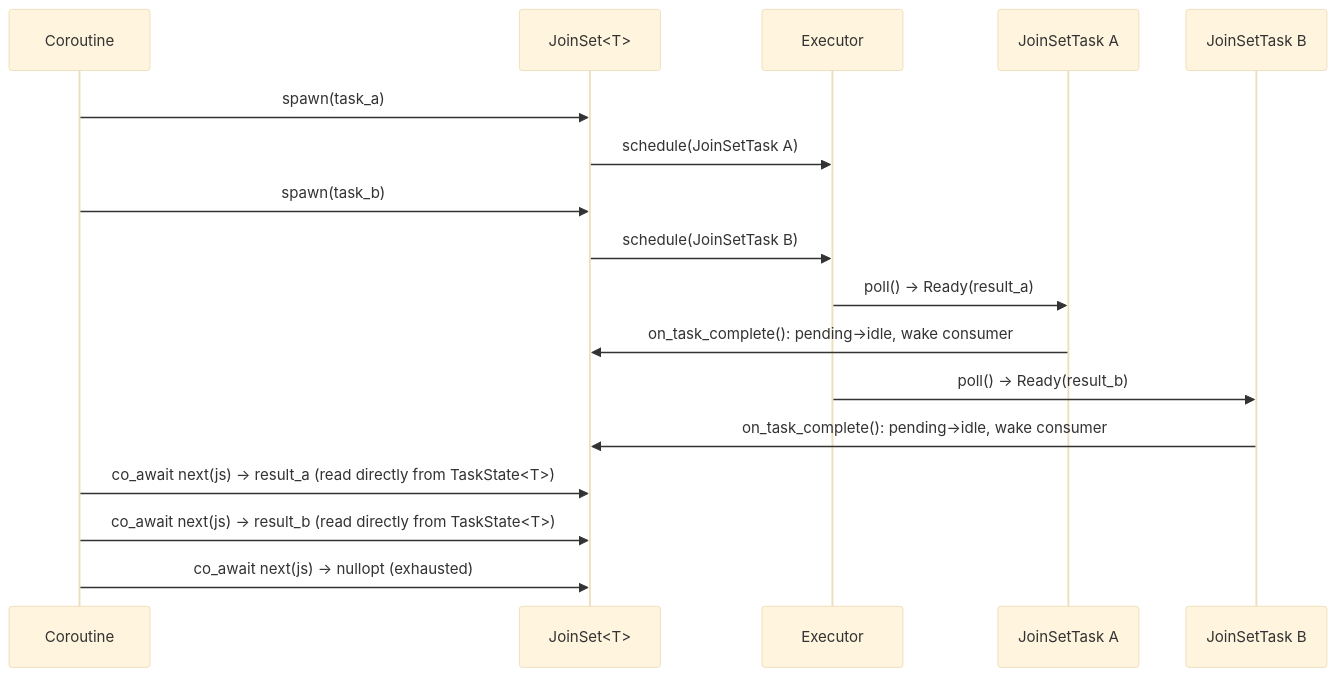
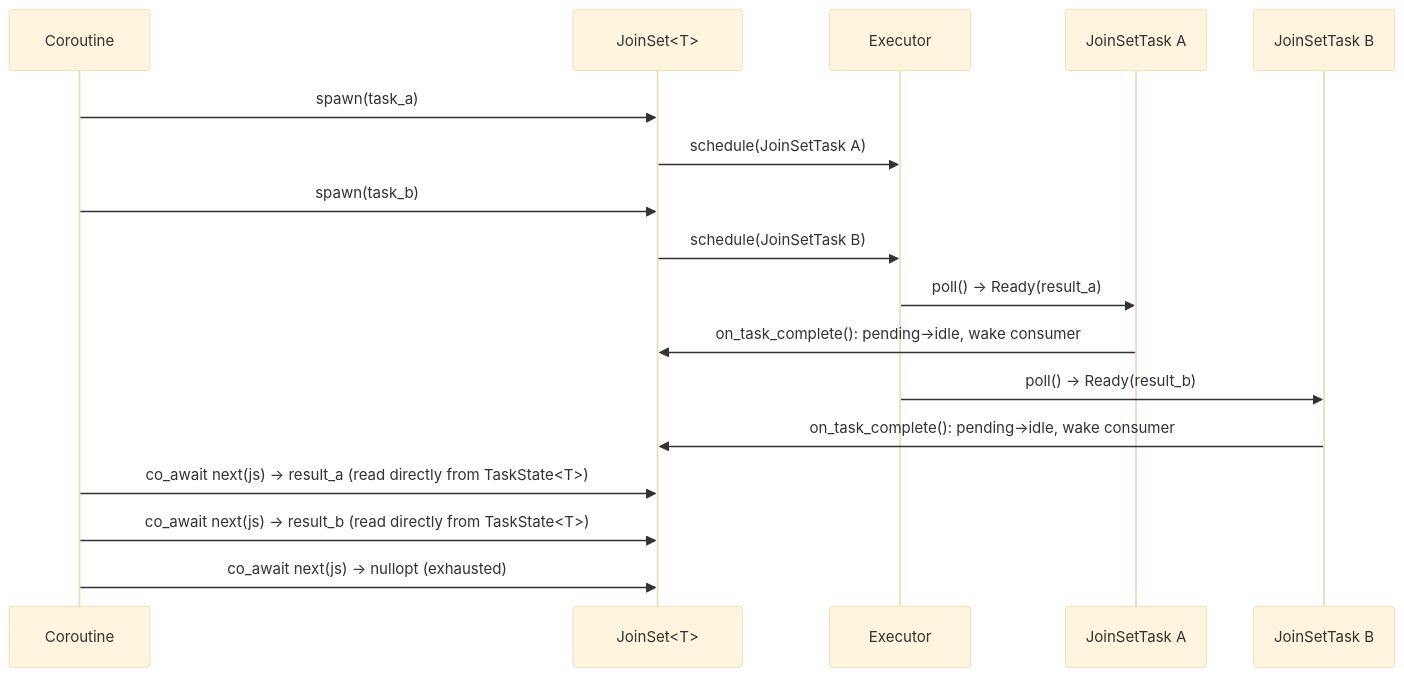
The diagram in doc/design/join_set.md (bts164/coro), drawn with Mermaid (base theme) before and after one commit. The commit also changed 43 other files, not shown here.

````diff
--- a/doc/design/join_set.md
+++ b/doc/design/join_set.md
@@ -6,22 +6,22 @@
 ```mermaid
 sequenceDiagram
     participant C as Coroutine
-    participant JS as JoinSet<T>
+    participant JS as JoinSet#lt;T#gt;
     participant E as Executor
     participant T1 as JoinSetTask A
     participant T2 as JoinSetTask B
 
     C->>JS: spawn(task_a)
     JS->>E: schedule(JoinSetTask A)
     C->>JS: spawn(task_b)
     JS->>E: schedule(JoinSetTask B)
 
     E->>T1: poll() → Ready(result_a)
     T1->>JS: on_task_complete(): pending→idle, wake consumer
     E->>T2: poll() → Ready(result_b)
     T2->>JS: on_task_complete(): pending→idle, wake consumer
 
-    C->>JS: co_await next(js) → result_a (read directly from TaskState<T>)
-    C->>JS: co_await next(js) → result_b (read directly from TaskState<T>)
+    C->>JS: co_await next(js) → result_a (read directly from TaskState#lt;T#gt;)
+    C->>JS: co_await next(js) → result_b (read directly from TaskState#lt;T#gt;)
     C->>JS: co_await next(js) → nullopt (exhausted)
 ```
````
